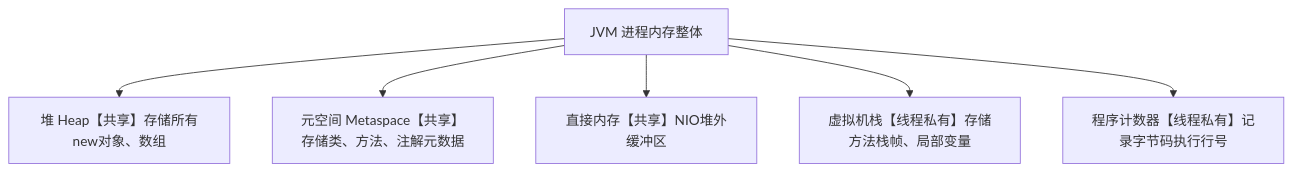
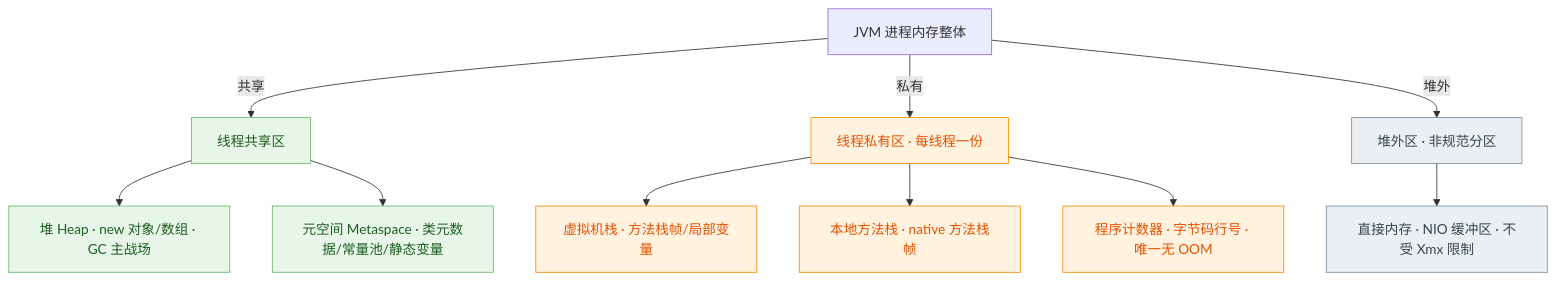
The third of 8 diagrams in docs/02.后端/01.Java/17.JVM 基础.md (l552177239/my-note), drawn with Mermaid before and after one commit. The commit also changed other lines of this file, not shown here.

````diff
--- a/docs/02.后端/01.Java/17.JVM 基础.md
+++ b/docs/02.后端/01.Java/17.JVM 基础.md
@@ -106,12 +89,26 @@
 ```mermaid
 flowchart TB
     JVM["JVM 进程内存整体"]
-    %% 线程共享区域
-    JVM --> HEAP["堆 Heap【共享】存储所有new对象、数组"]
-    JVM --> META["元空间 Metaspace【共享】存储类、方法、注解元数据"]
-    JVM --> DIRECT["直接内存【共享】NIO堆外缓冲区"]
-    %% 线程私有区域
-    JVM --> STACK["虚拟机栈【线程私有】存储方法栈帧、局部变量"]
-    JVM --> PC["程序计数器【线程私有】记录字节码执行行号"]
 
+    SHARED["线程共享区"]
+    PRIVATE["线程私有区 · 每线程一份"]
+    OFFHEAP["堆外区 · 非规范分区"]
+
+    JVM -->|"共享"| SHARED
+    JVM -->|"私有"| PRIVATE
+    JVM -->|"堆外"| OFFHEAP
+
+    SHARED --> HEAP["堆 Heap · new 对象/数组 · GC 主战场"]
+    SHARED --> META["元空间 Metaspace · 类元数据/常量池/静态变量"]
+    PRIVATE --> STACK["虚拟机栈 · 方法栈帧/局部变量"]
+    PRIVATE --> NATIVE["本地方法栈 · native 方法栈帧"]
+    PRIVATE --> PC["程序计数器 · 字节码行号 · 唯一无 OOM"]
+    OFFHEAP --> DIRECT["直接内存 · NIO 缓冲区 · 不受 Xmx 限制"]
+
+    classDef shared fill:#E8F5E9,stroke:#66BB6A,color:#1B5E20
+    classDef private fill:#FFF3E0,stroke:#FB8C00,color:#E65100
+    classDef offheap fill:#ECEFF1,stroke:#78909C,color:#37474F
+    class SHARED,HEAP,META shared
+    class PRIVATE,STACK,NATIVE,PC private
+    class OFFHEAP,DIRECT offheap
 ```
````
